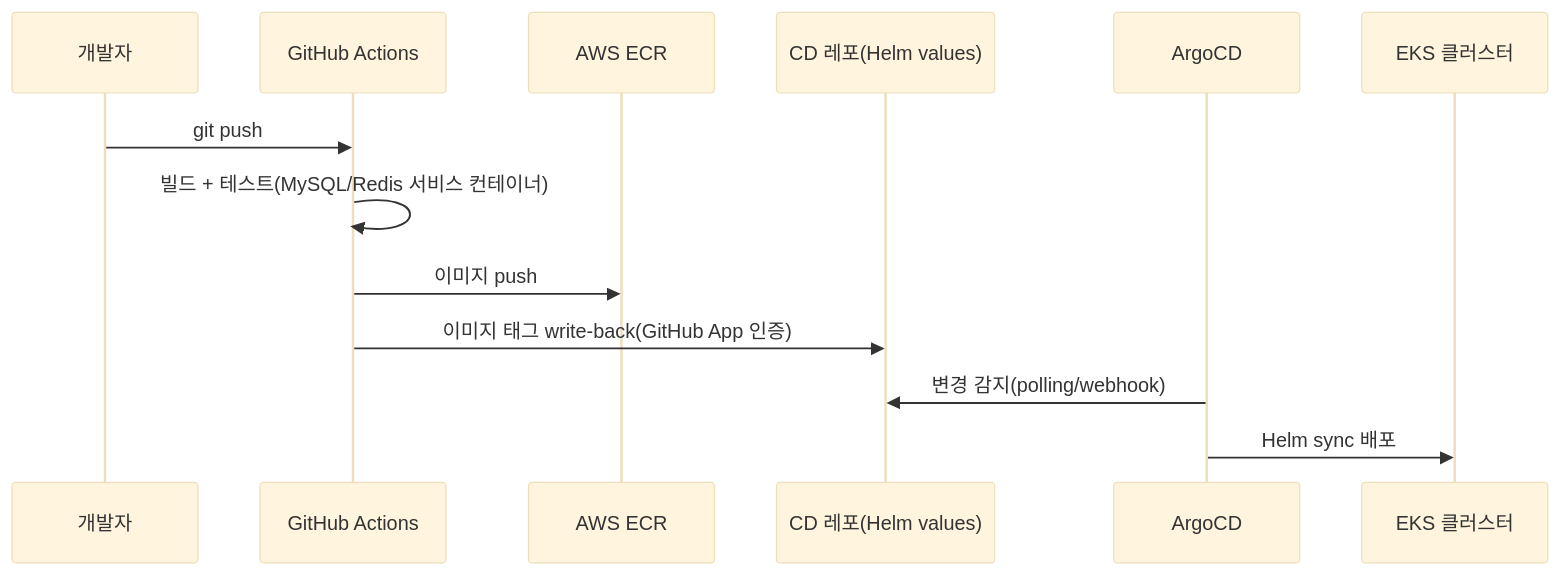
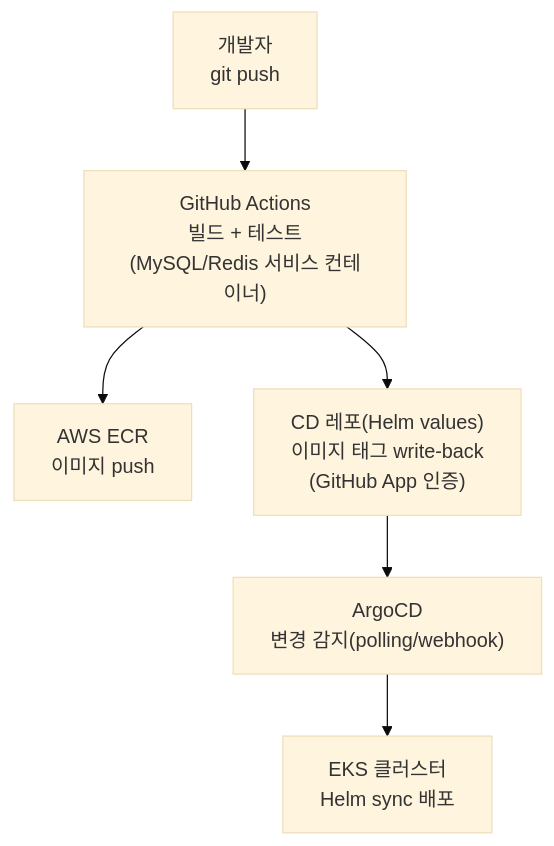
The second of 2 diagrams in wiki/기획서.md (qKet/CLAUDE_LLM_WIKI), drawn with Mermaid (base theme) before and after one commit. The commit also changed other lines of this file, not shown here.

First line of the commit message:
fix: 기획서 CI/CD 다이어그램을 sequenceDiagram → flowchart TD로 변경

````diff
--- a/wiki/기획서.md
+++ b/wiki/기획서.md
@@ -181,16 +181,8 @@
 ```mermaid
-sequenceDiagram
-    participant Dev as 개발자
-    participant GHA as GitHub Actions
-    participant ECR as AWS ECR
-    participant CD as CD 레포(Helm values)
-    participant Argo as ArgoCD
-    participant EKS as EKS 클러스터
-
-    Dev->>GHA: git push
-    GHA->>GHA: 빌드 + 테스트(MySQL/Redis 서비스 컨테이너)
-    GHA->>ECR: 이미지 push
-    GHA->>CD: 이미지 태그 write-back(GitHub App 인증)
-    Argo->>CD: 변경 감지(polling/webhook)
-    Argo->>EKS: Helm sync 배포
+flowchart TD
+    A["개발자<br/>git push"] --> B["GitHub Actions<br/>빌드 + 테스트<br/>(MySQL/Redis 서비스 컨테이너)"]
+    B --> C["AWS ECR<br/>이미지 push"]
+    B --> D["CD 레포(Helm values)<br/>이미지 태그 write-back<br/>(GitHub App 인증)"]
+    D --> E["ArgoCD<br/>변경 감지(polling/webhook)"]
+    E --> F["EKS 클러스터<br/>Helm sync 배포"]
 ```
````
